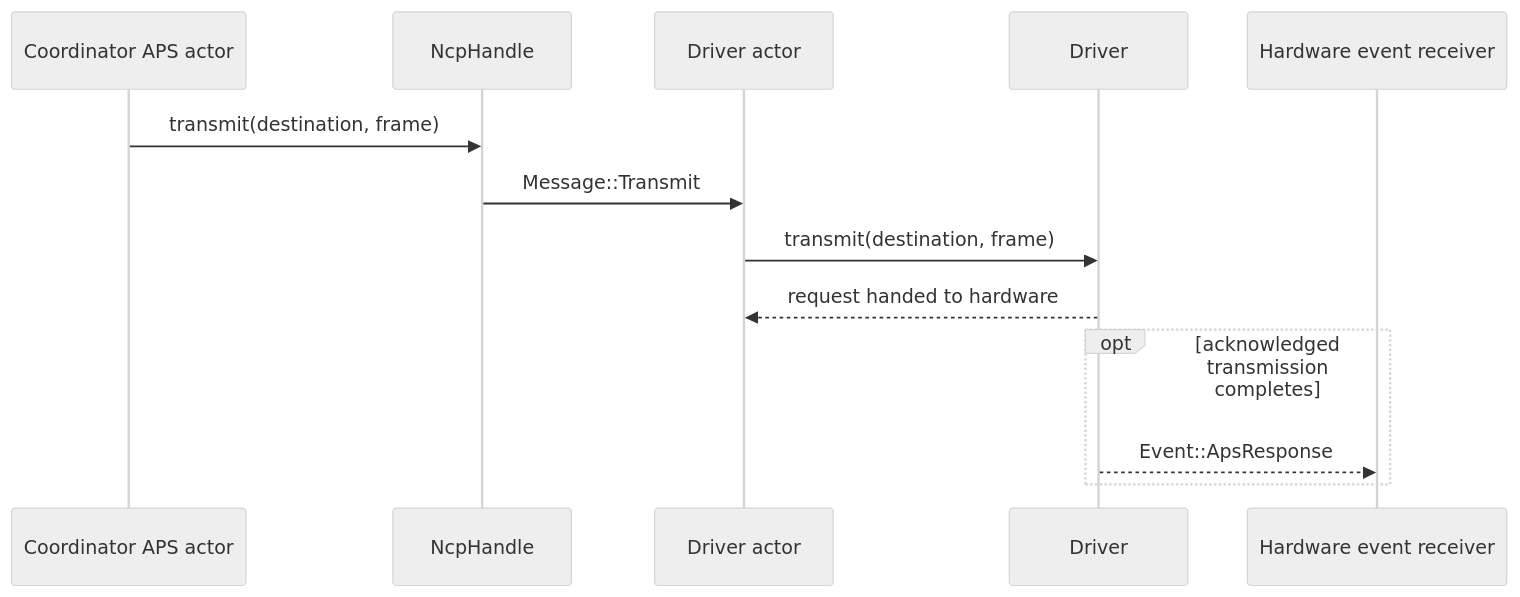
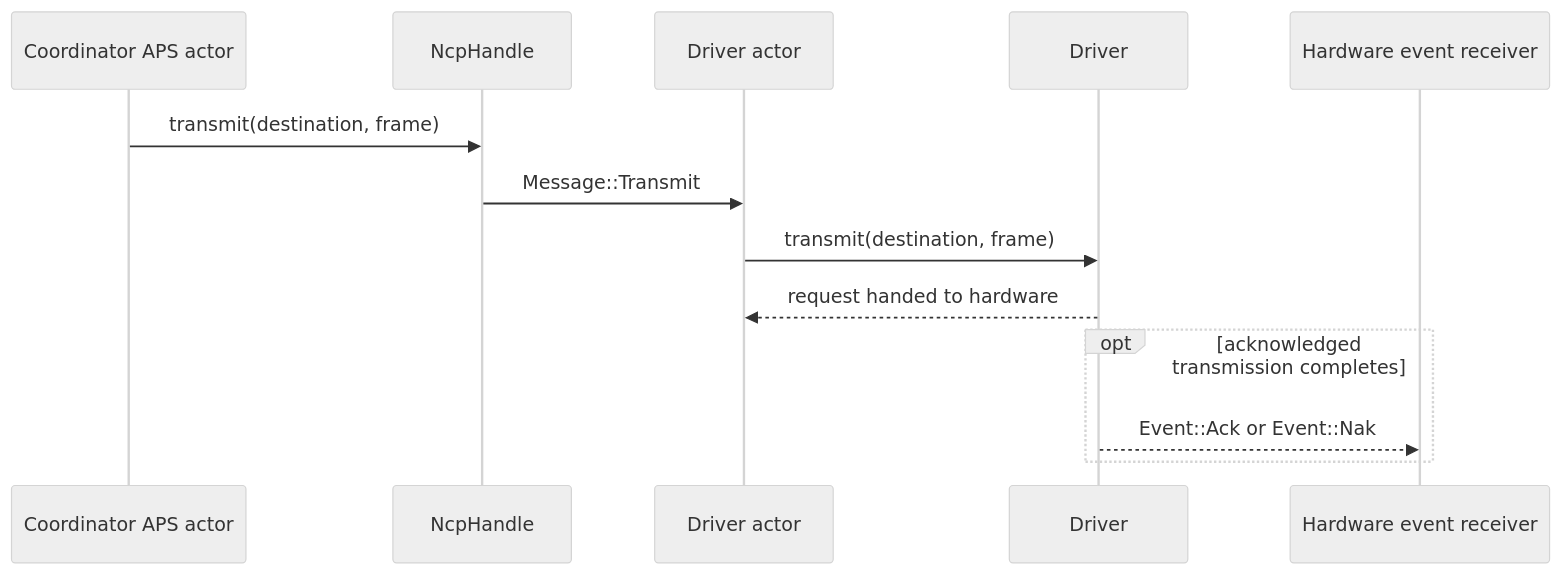
The second of 3 diagrams in hw/ARCHITECTURE.md (PaulmannLighting/apis-saltans), drawn with Mermaid (neutral theme) before and after one commit. The commit also changed other lines of this file and 14 other files, not shown here.

Commit message:
Revamp APS ack / nak.

````diff
--- a/hw/ARCHITECTURE.md
+++ b/hw/ARCHITECTURE.md
@@ -42,16 +42,16 @@
 ```mermaid
 sequenceDiagram
     participant APS as Coordinator APS actor
     participant H as NcpHandle
     participant A as Driver actor
     participant D as Driver
     participant E as Hardware event receiver
 
     APS->>H: transmit(destination, frame)
     H->>A: Message::Transmit
     A->>D: transmit(destination, frame)
     D-->>A: request handed to hardware
     opt acknowledged transmission completes
-        D-->>E: Event::ApsResponse
+        D-->>E: Event::Ack or Event::Nak
     end
 ```
````
